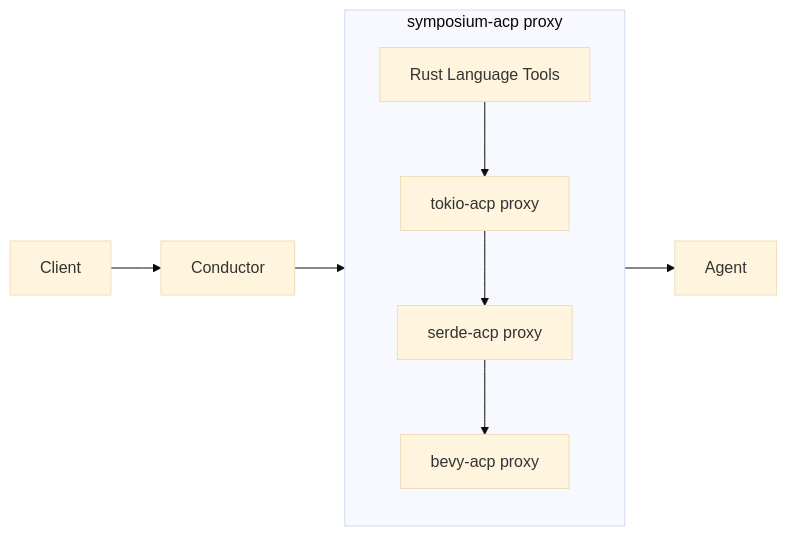
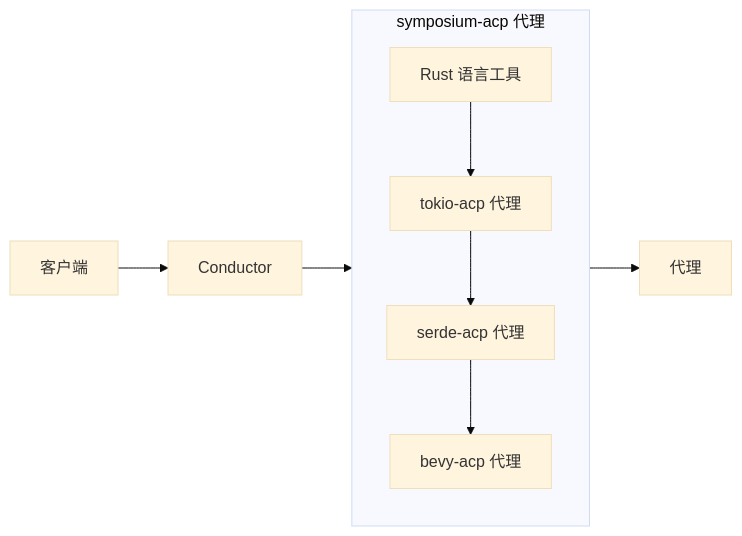
The fourth of 11 diagrams in rfds/proxy-chains.mdx (cxykevin/acp-docs-cn), drawn with Mermaid (base theme) before and after one commit. The commit also changed other lines of this file and 15 other files, not shown here.

````diff
--- a/rfds/proxy-chains.mdx
+++ b/rfds/proxy-chains.mdx
@@ -114,21 +114,21 @@
 ```mermaid
 flowchart LR
-    Client[Client]
+    Client[客户端]
     Conductor[Conductor]
-    Agent[Agent]
+    Agent[代理]
 
-    subgraph Symposium["symposium-acp proxy"]
-        RustTools[Rust Language Tools]
-        CrateA[tokio-acp proxy]
-        CrateB[serde-acp proxy]
-        CrateC[bevy-acp proxy]
+    subgraph Symposium["symposium-acp 代理"]
+        RustTools[Rust 语言工具]
+        CrateA[tokio-acp 代理]
+        CrateB[serde-acp 代理]
+        CrateC[bevy-acp 代理]
 
         RustTools --> CrateA
         CrateA --> CrateB
         CrateB --> CrateC
     end
 
     Client --> Conductor
     Conductor --> Symposium
     Symposium --> Agent
 ```
````
